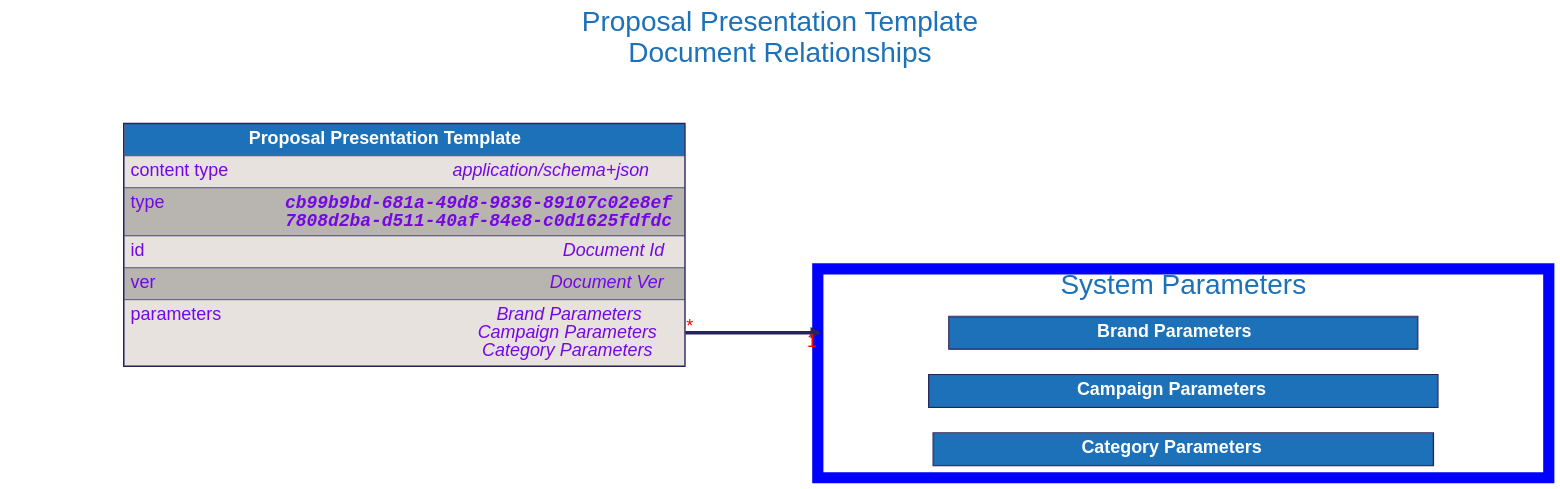
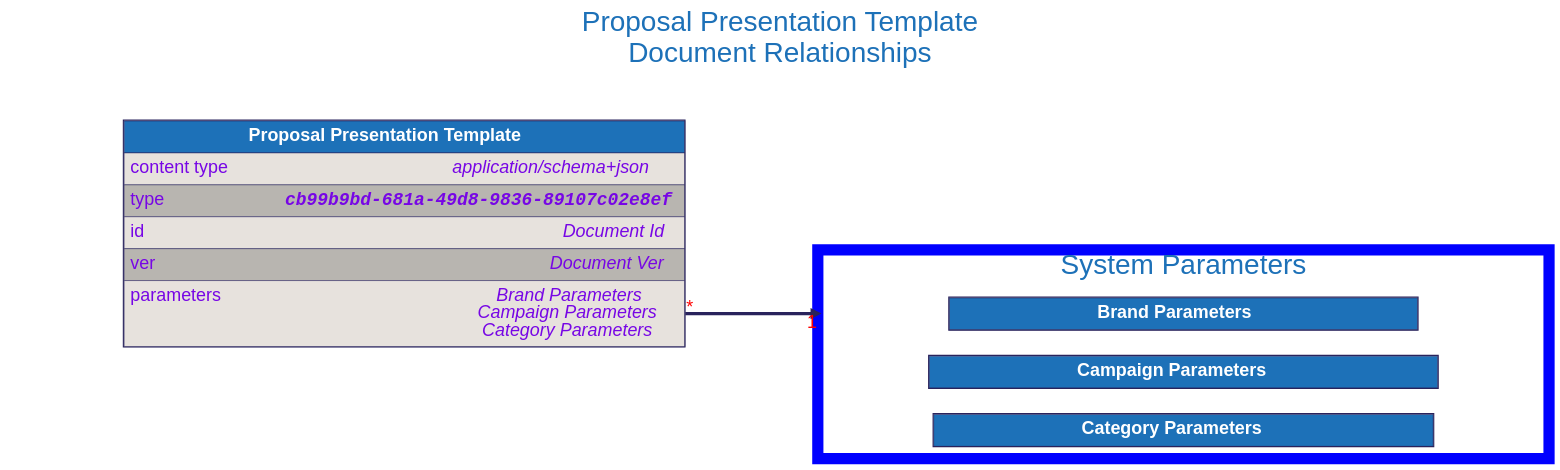
The diagram in docs/src/architecture/08_concepts/signed_doc/diagrams/proposal_presentation_template.dot (input-output-hk/catalyst-libs), drawn with Graphviz before and after one commit. The commit also changed 57 other files, not shown here.

```diff
--- a/docs/src/architecture/08_concepts/signed_doc/diagrams/proposal_presentation_template.dot
+++ b/docs/src/architecture/08_concepts/signed_doc/diagrams/proposal_presentation_template.dot
@@ -1,133 +1,133 @@
 digraph "Proposal Presentation Template" {
     rankdir="LR"
     graph [fontname="helvetica", fontsize="32", fontcolor="#29235c", bgcolor="white"];
     node [penwidth="0", margin="0", fontname="helvetica", fontsize="32", fontcolor="#29235c"];
     edge [fontname="helvetica", fontsize="32", fontcolor="red", color="#29235c"];
 
     labelloc="t"
     label="Proposal Presentation Template
 Document Relationships"
     fontcolor="#1d71b8"
     fontsize=50
     compound=true
 
 
 
     subgraph cluster_system_parameters {
         label = "System Parameters";
         color=blue
         penwidth=20
 
         "Brand Parameters" [
             id="Brand Parameters";
             label=<
                 <TABLE BORDER="2" COLOR="#29235c" CELLBORDER="1" CELLSPACING="0" CELLPADDING="10">
                 <TR>
                     <TD PORT="title" BGCOLOR="#1d71b8" HREF="../brand_parameters/">
                         <FONT COLOR="#ffffff"><B> Brand Parameters </B></FONT>
                     </TD>
                 </TR>
 
                 </TABLE>
             >
         ];
 
 
         "Campaign Parameters" [
             id="Campaign Parameters";
             label=<
                 <TABLE BORDER="2" COLOR="#29235c" CELLBORDER="1" CELLSPACING="0" CELLPADDING="10">
                 <TR>
                     <TD PORT="title" BGCOLOR="#1d71b8" HREF="../campaign_parameters/">
                         <FONT COLOR="#ffffff"><B> Campaign Parameters </B></FONT>
                     </TD>
                 </TR>
 
                 </TABLE>
             >
         ];
 
 
         "Category Parameters" [
             id="Category Parameters";
             label=<
                 <TABLE BORDER="2" COLOR="#29235c" CELLBORDER="1" CELLSPACING="0" CELLPADDING="10">
                 <TR>
                     <TD PORT="title" BGCOLOR="#1d71b8" HREF="../category_parameters/">
                         <FONT COLOR="#ffffff"><B> Category Parameters </B></FONT>
                     </TD>
                 </TR>
 
                 </TABLE>
             >
         ];
 
     }
 
     "Proposal Presentation Template" [
         id="Proposal Presentation Template";
         label=<
             <TABLE BORDER="2" COLOR="#29235c" CELLBORDER="1" CELLSPACING="0" CELLPADDING="10">
             <TR>
                 <TD PORT="title" BGCOLOR="#1d71b8" HREF="../proposal_presentation_template/">
                     <FONT COLOR="#ffffff"><B> Proposal Presentation Template </B></FONT>
                 </TD>
             </TR>
             <TR>
                 <TD ALIGN="LEFT" PORT="content type" BGCOLOR="#e7e2dd">
                     <TABLE CELLPADDING="0" CELLSPACING="0" BORDER="0">
                         <TR>
                             <TD ALIGN="LEFT" VALIGN="TOP" WIDTH="200"><FONT COLOR="#7706E5">content type</FONT></TD>
                             <TD ALIGN="RIGHT"><FONT COLOR="#7706E5"><I>application/schema+json</I></FONT></TD>
                         </TR>
                     </TABLE>
                 </TD>
             </TR>
             <TR>
                 <TD ALIGN="LEFT" PORT="type" BGCOLOR="#b8b5b0">
                     <TABLE CELLPADDING="0" CELLSPACING="0" BORDER="0">
                         <TR>
                             <TD ALIGN="LEFT" VALIGN="TOP" WIDTH="200"><FONT COLOR="#7706E5">type</FONT></TD>
-                            <TD ALIGN="RIGHT"><FONT FACE="Courier" COLOR="#7706E5"><B><I>cb99b9bd-681a-49d8-9836-89107c02e8ef<BR />7808d2ba-d511-40af-84e8-c0d1625fdfdc</I></B></FONT></TD>
+                            <TD ALIGN="RIGHT"><FONT FACE="Courier" COLOR="#7706E5"><B><I>cb99b9bd-681a-49d8-9836-89107c02e8ef</I></B></FONT></TD>
                         </TR>
                     </TABLE>
                 </TD>
             </TR>
             <TR>
                 <TD ALIGN="LEFT" PORT="id" BGCOLOR="#e7e2dd">
                     <TABLE CELLPADDING="0" CELLSPACING="0" BORDER="0">
                         <TR>
                             <TD ALIGN="LEFT" VALIGN="TOP" WIDTH="200"><FONT COLOR="#7706E5">id</FONT></TD>
                             <TD ALIGN="RIGHT"><FONT COLOR="#7706E5"><I>Document Id</I></FONT></TD>
                         </TR>
                     </TABLE>
                 </TD>
             </TR>
             <TR>
                 <TD ALIGN="LEFT" PORT="ver" BGCOLOR="#b8b5b0">
                     <TABLE CELLPADDING="0" CELLSPACING="0" BORDER="0">
                         <TR>
                             <TD ALIGN="LEFT" VALIGN="TOP" WIDTH="200"><FONT COLOR="#7706E5">ver</FONT></TD>
                             <TD ALIGN="RIGHT"><FONT COLOR="#7706E5"><I>Document Ver</I></FONT></TD>
                         </TR>
                     </TABLE>
                 </TD>
             </TR>
             <TR>
                 <TD ALIGN="LEFT" PORT="parameters" BGCOLOR="#e7e2dd">
                     <TABLE CELLPADDING="0" CELLSPACING="0" BORDER="0">
                         <TR>
                             <TD ALIGN="LEFT" VALIGN="TOP" WIDTH="200"><FONT COLOR="#7706E5">parameters</FONT></TD>
                             <TD ALIGN="RIGHT"><FONT COLOR="#7706E5"><I>Brand Parameters<BR />Campaign Parameters<BR />Category Parameters</I></FONT></TD>
                         </TR>
                     </TABLE>
                 </TD>
             </TR>
 
             </TABLE>
         >
     ];
 
 
     "Proposal Presentation Template":"parameters":e -> "Brand Parameters" [dir=forward, penwidth=6, color="#29235c", headlabel="1", taillabel="*", lhead="cluster_system_parameters"]
 }
```
